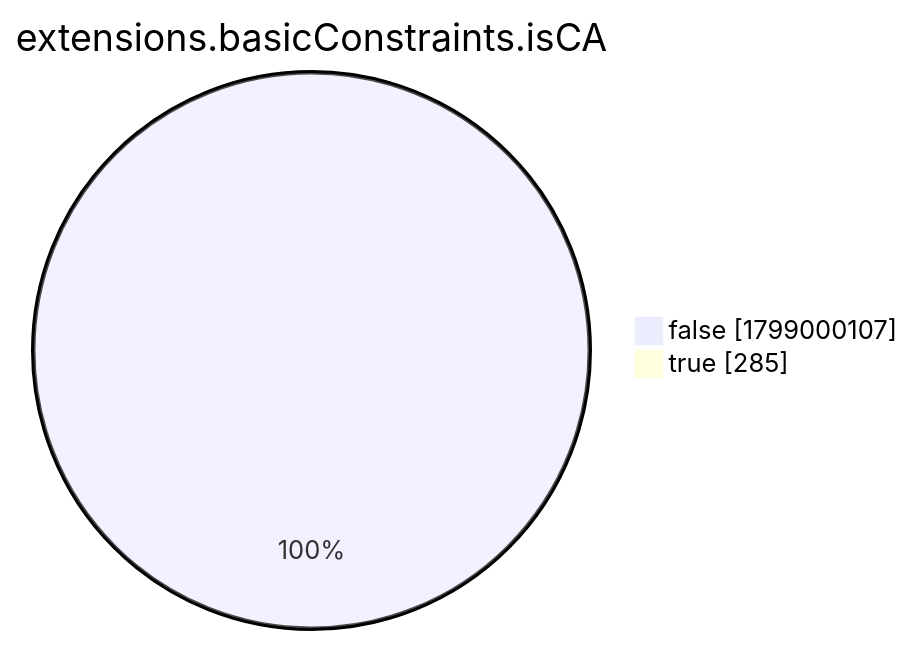
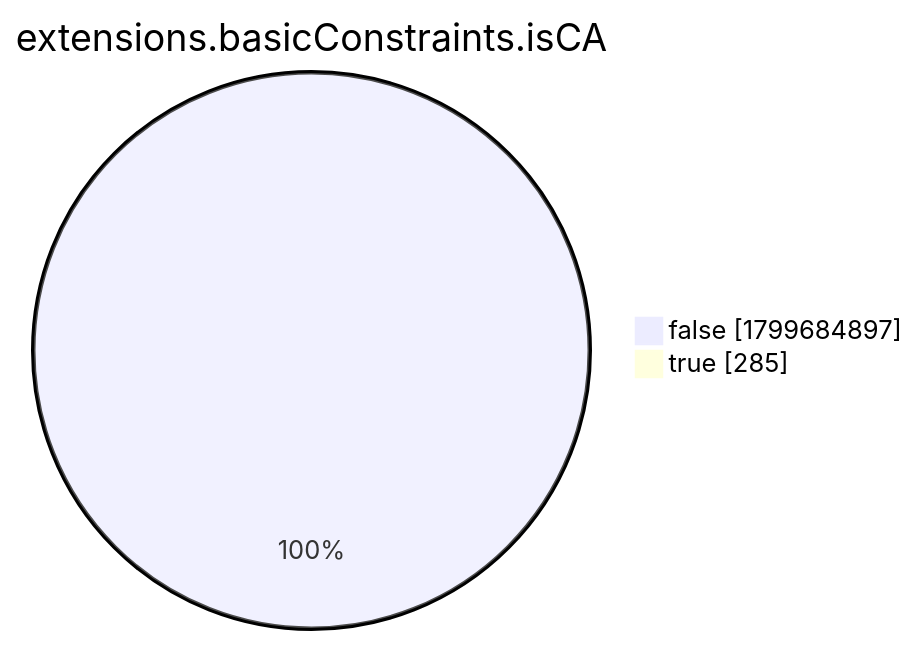
The eighth of 15 diagrams in xenon2022/README.md (christiankrug/ctmonitor_visualization), drawn with Mermaid before and after one commit. The commit also changed other lines of this file, not shown here.

````diff
--- a/xenon2022/README.md
+++ b/xenon2022/README.md
@@ -2868,6 +2868,6 @@
 ```mermaid
 pie showData
 title extensions.basicConstraints.isCA
-"false" :1799000107
+"false" :1799684897
 "true" :285
 ```
````
